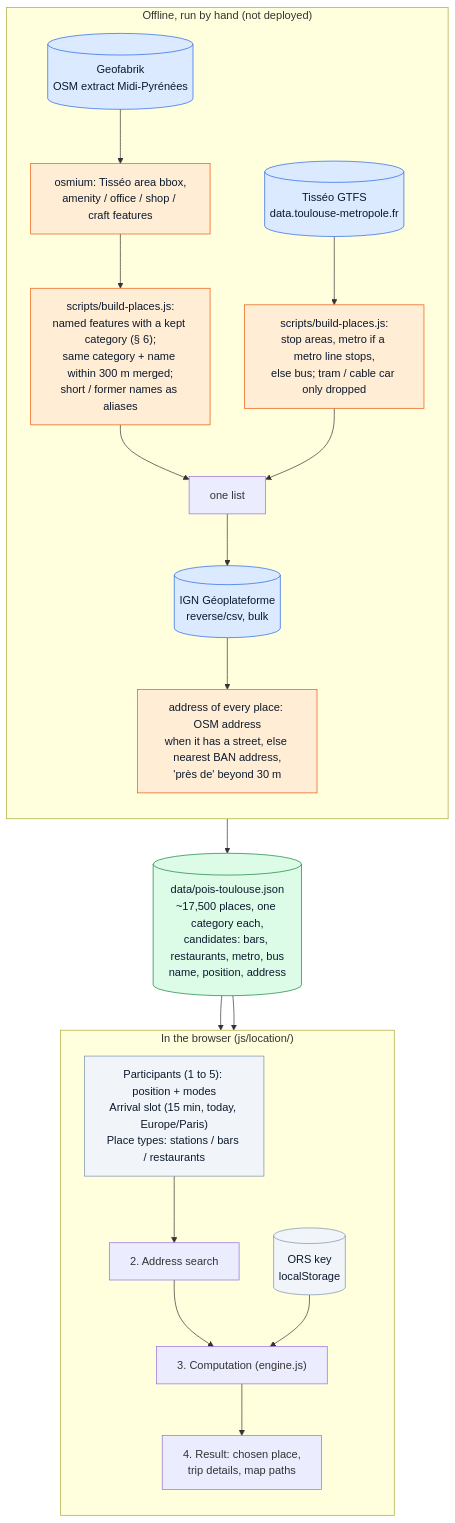
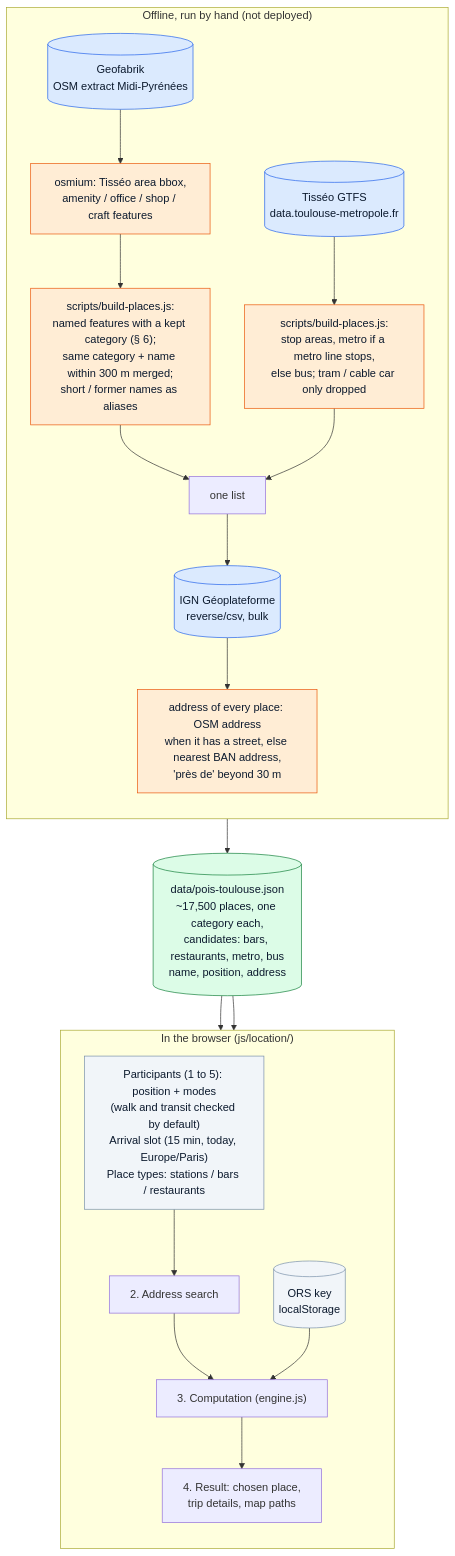
The first of 4 diagrams in docs/location-pipeline.md (NicolasGresset/portfolio), drawn with Mermaid before and after one commit. The commit also changed 1 other file, not shown here.

Commit message:
Check walking by default, next to public transport

````diff
--- a/docs/location-pipeline.md
+++ b/docs/location-pipeline.md
@@ -19,39 +19,39 @@
 ```mermaid
 flowchart TB
     classDef api fill:#DBEAFE,stroke:#2563EB,color:#0C1A2E
     classDef local fill:#DCFCE7,stroke:#15803D,color:#0C1A2E
     classDef algo fill:#FFEDD5,stroke:#EA580C,color:#0C1A2E
     classDef user fill:#F1F5F9,stroke:#7A90AA,color:#0C1A2E
 
     subgraph OFFLINE["Offline, run by hand (not deployed)"]
         direction TB
         GEOFABRIK[("Geofabrik<br/>OSM extract Midi-Pyrénées")]:::api
         OSMIUM["osmium: Tisséo area bbox,<br/>amenity / office / shop / craft features"]:::algo
         OSMPLACES["scripts/build-places.js:<br/>named features with a kept category (§ 6);<br/>same category + name within 300 m merged;<br/>short / former names as aliases"]:::algo
         GTFS[("Tisséo GTFS<br/>data.toulouse-metropole.fr")]:::api
         STOPS["scripts/build-places.js:<br/>stop areas, metro if a metro line stops,<br/>else bus; tram / cable car only dropped"]:::algo
         REVCSV[("IGN Géoplateforme<br/>reverse/csv, bulk")]:::api
         ADDR["address of every place: OSM address<br/>when it has a street, else nearest BAN address,<br/>'près de' beyond 30 m"]:::algo
         GEOFABRIK --> OSMIUM --> OSMPLACES
         GTFS --> STOPS
         OSMPLACES --> MERGE["one list"]
         STOPS --> MERGE
         MERGE --> REVCSV --> ADDR
     end
 
     ADDR --> DATA[("data/pois-toulouse.json<br/>~17,500 places, one category each,<br/>candidates: bars, restaurants, metro, bus<br/>name, position, address")]:::local
 
     subgraph BROWSER["In the browser (js/location/)"]
         direction TB
         KEY[("ORS key<br/>localStorage")]:::user
-        INPUT["Participants (1 to 5): position + modes<br/>Arrival slot (15 min, today, Europe/Paris)<br/>Place types: stations / bars / restaurants"]:::user
+        INPUT["Participants (1 to 5): position + modes<br/>(walk and transit checked by default)<br/>Arrival slot (15 min, today, Europe/Paris)<br/>Place types: stations / bars / restaurants"]:::user
         SEARCH["2. Address search"]
         ENGINE["3. Computation (engine.js)"]
         RESULT["4. Result: chosen place,<br/>trip details, map paths"]
         INPUT --> SEARCH --> ENGINE --> RESULT
         KEY --> ENGINE
     end
 
     DATA --> SEARCH
     DATA --> ENGINE
 ```
````
